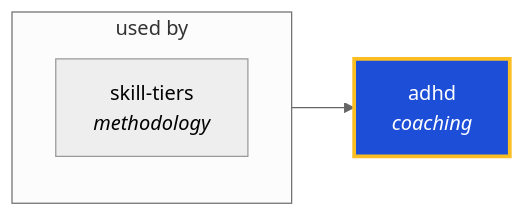
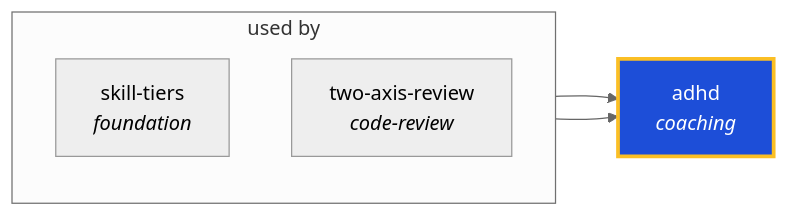
The diagram in docs/graphs/generated/adhd.md (ThePlenkov/skills), drawn with Mermaid (neutral theme) before and after one commit. The commit also changed other lines of this file and 76 other files, not shown here.

````diff
--- a/docs/graphs/generated/adhd.md
+++ b/docs/graphs/generated/adhd.md
@@ -22,13 +22,15 @@
 ```mermaid
 graph LR
   adhd["adhd<br/><i>coaching</i>"]
   classDef center fill:#1d4ed8,stroke:#fbbf24,stroke-width:3px,color:#fff
   class adhd center
 
   subgraph sg_used_by["used by"]
     direction TB
-    skill_tiers["skill-tiers<br/><i>methodology</i>"]
+    skill_tiers["skill-tiers<br/><i>foundation</i>"]
+    two_axis_review["two-axis-review<br/><i>code-review</i>"]
   end
   skill_tiers --> adhd
+  two_axis_review --> adhd
 
 ```
````
